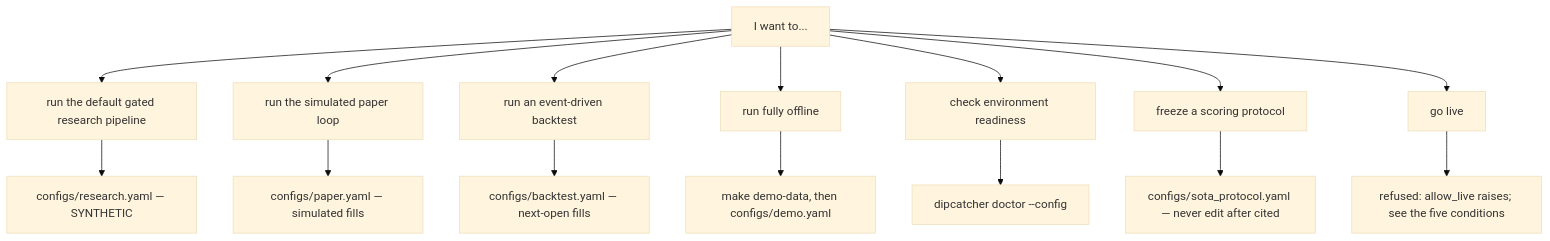
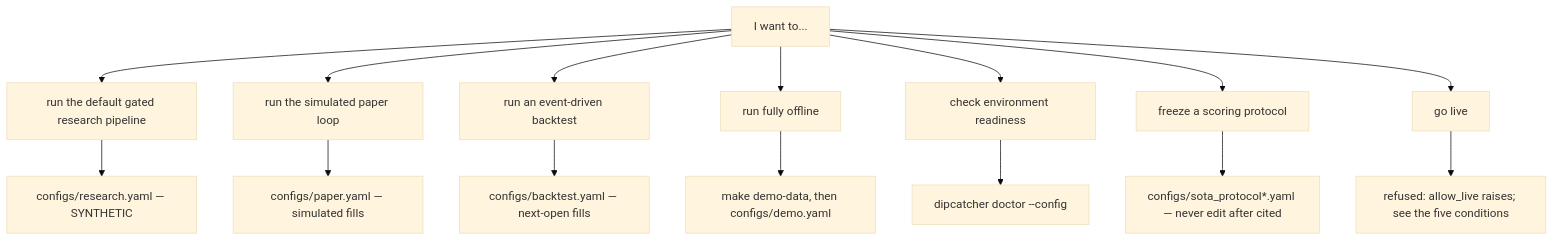
Before and after one commit to artificial-hedge/dipcatcher: diagram 27 of 32 in README.md, drawn with Mermaid (base theme). The commit also changed other lines of this file and 17 other files, not shown here.

````diff
--- a/README.md
+++ b/README.md
@@ -2035,10 +2005,10 @@
 ```mermaid
 flowchart TD
   S["I want to..."] --> A["run the default gated research pipeline"] --> AR["configs/research.yaml — SYNTHETIC"]
   S --> B["run the simulated paper loop"] --> BR["configs/paper.yaml — simulated fills"]
   S --> C["run an event-driven backtest"] --> CR["configs/backtest.yaml — next-open fills"]
   S --> D["run fully offline"] --> DR["make demo-data, then configs/demo.yaml"]
   S --> E["check environment readiness"] --> ER["dipcatcher doctor --config <cfg>"]
-  S --> F["freeze a scoring protocol"] --> FR["configs/sota_protocol.yaml — never edit after cited"]
+  S --> F["freeze a scoring protocol"] --> FR["configs/sota_protocol*.yaml — never edit after cited"]
   S --> G["go live"] --> GR["refused: allow_live raises; see the five conditions"]
 ```
````
